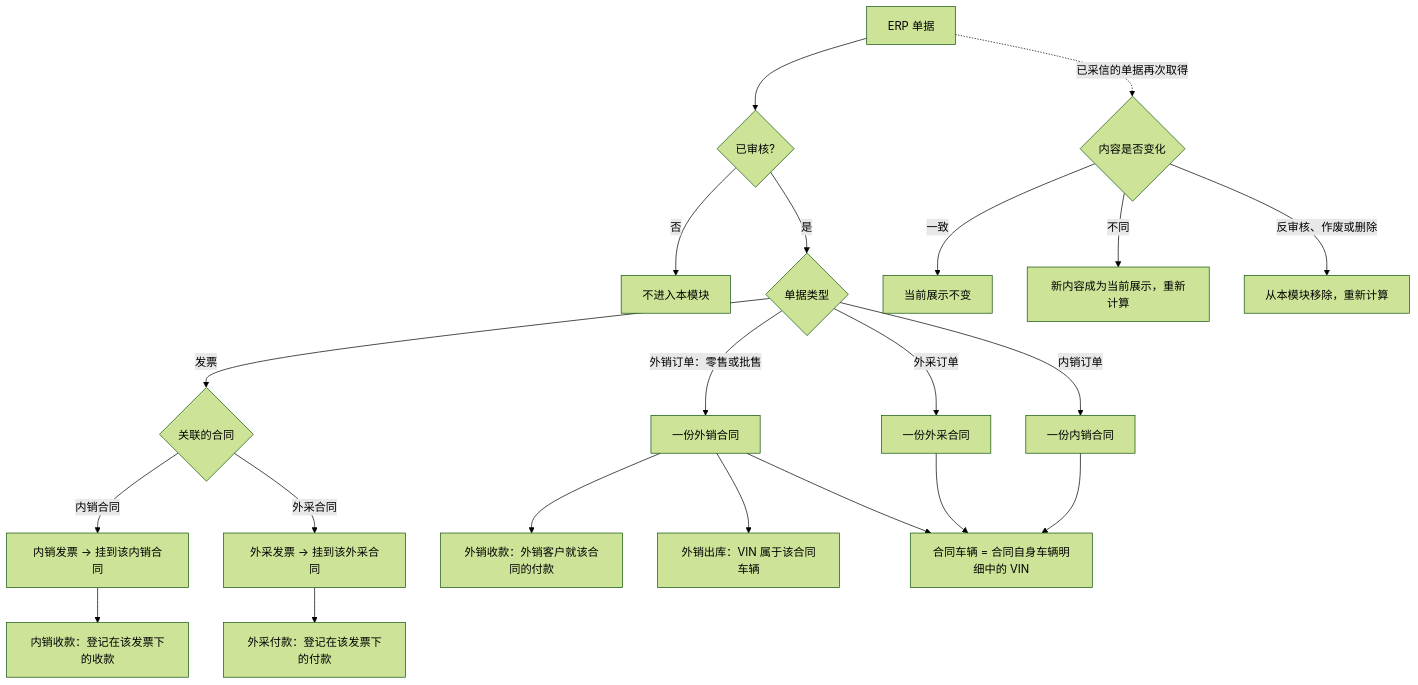
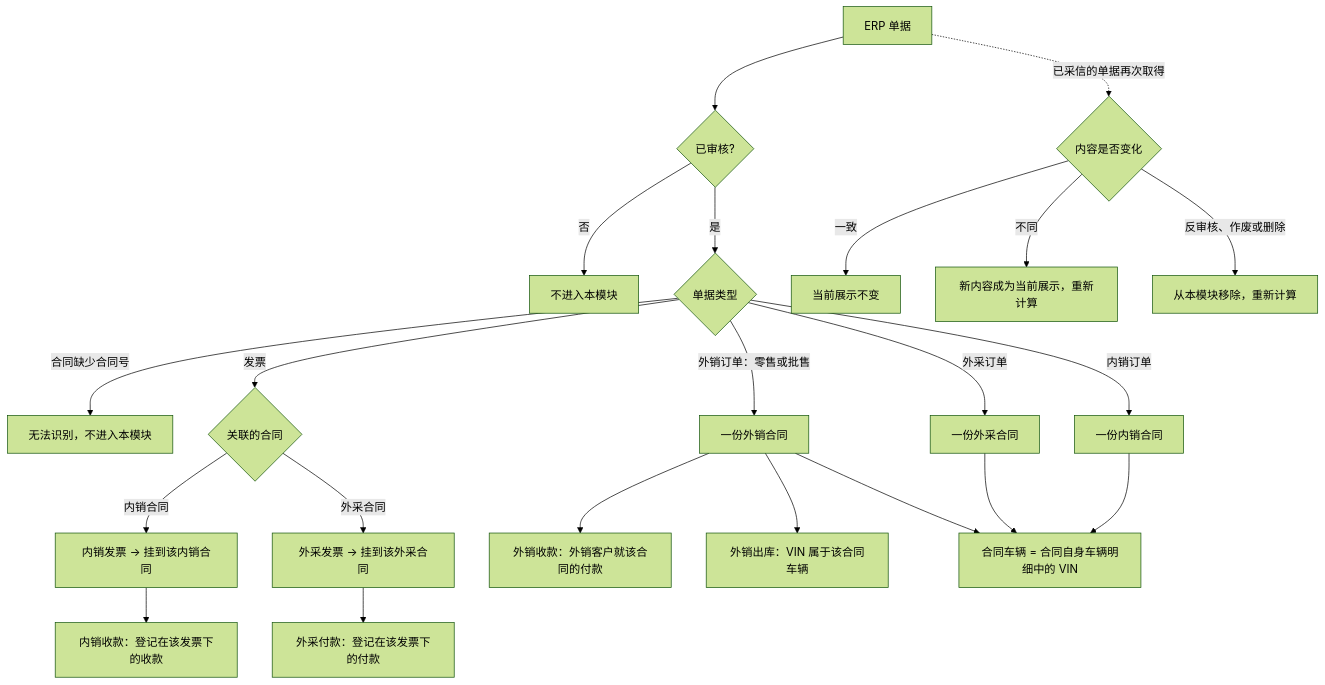
One commit to wxblockchain/Chain-Financing changed the second of 3 diagrams in asset-trust-platform/PRD/运营端/M4-合同信息/02-合同信息-流程图与状态机.md. Above: the diagram before and after it, drawn with Mermaid (forest theme). The commit also changed other lines of this file and 3 other files, not shown here.

````diff
--- a/asset-trust-platform/PRD/运营端/M4-合同信息/02-合同信息-流程图与状态机.md
+++ b/asset-trust-platform/PRD/运营端/M4-合同信息/02-合同信息-流程图与状态机.md
@@ -38,23 +38,24 @@
 ```mermaid
 flowchart TD
     A[ERP 单据] --> B{已审核?}
     B -->|否| X[不进入本模块]
     B -->|是| C{单据类型}
+    C -->|合同缺少合同号| X2[无法识别，不进入本模块]
     C -->|内销订单| DC[一份内销合同]
     C -->|外采订单| PC[一份外采合同]
     C -->|外销订单：零售或批售| EC[一份外销合同]
     C -->|发票| PI{关联的合同}
     PI -->|内销合同| DI[内销发票 → 挂到该内销合同]
     PI -->|外采合同| PPI[外采发票 → 挂到该外采合同]
     DI --> DR[内销收款：登记在该发票下的收款]
     PPI --> PP[外采付款：登记在该发票下的付款]
     EC --> ER[外销收款：外销客户就该合同的付款]
     EC --> EO[外销出库：VIN 属于该合同车辆]
     DC --> VEH[合同车辆 = 合同自身车辆明细中的 VIN]
     PC --> VEH
     EC --> VEH
     A -. 已采信的单据再次取得 .-> U{内容是否变化}
     U -->|一致| K[当前展示不变]
     U -->|不同| N[新内容成为当前展示，重新计算]
     U -->|反审核、作废或删除| M[从本模块移除，重新计算]
 ```
````
